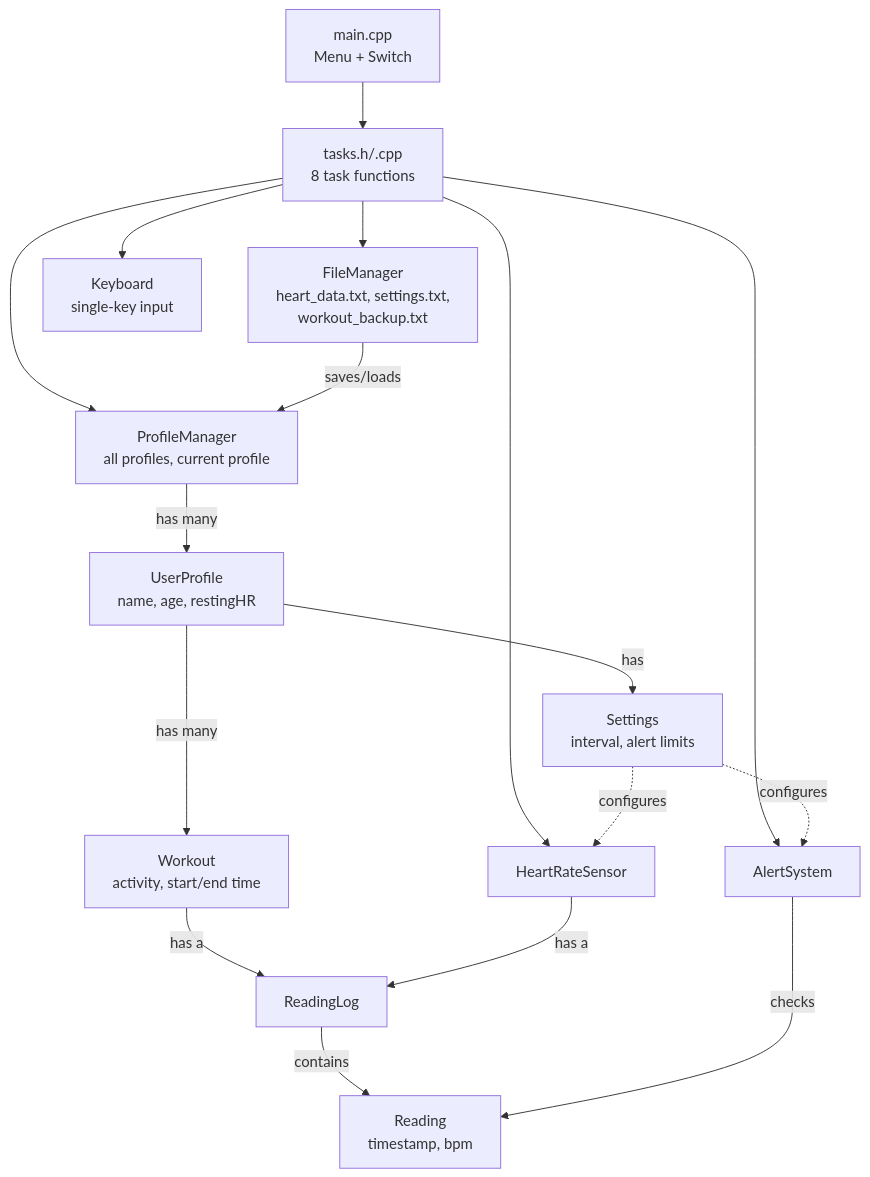
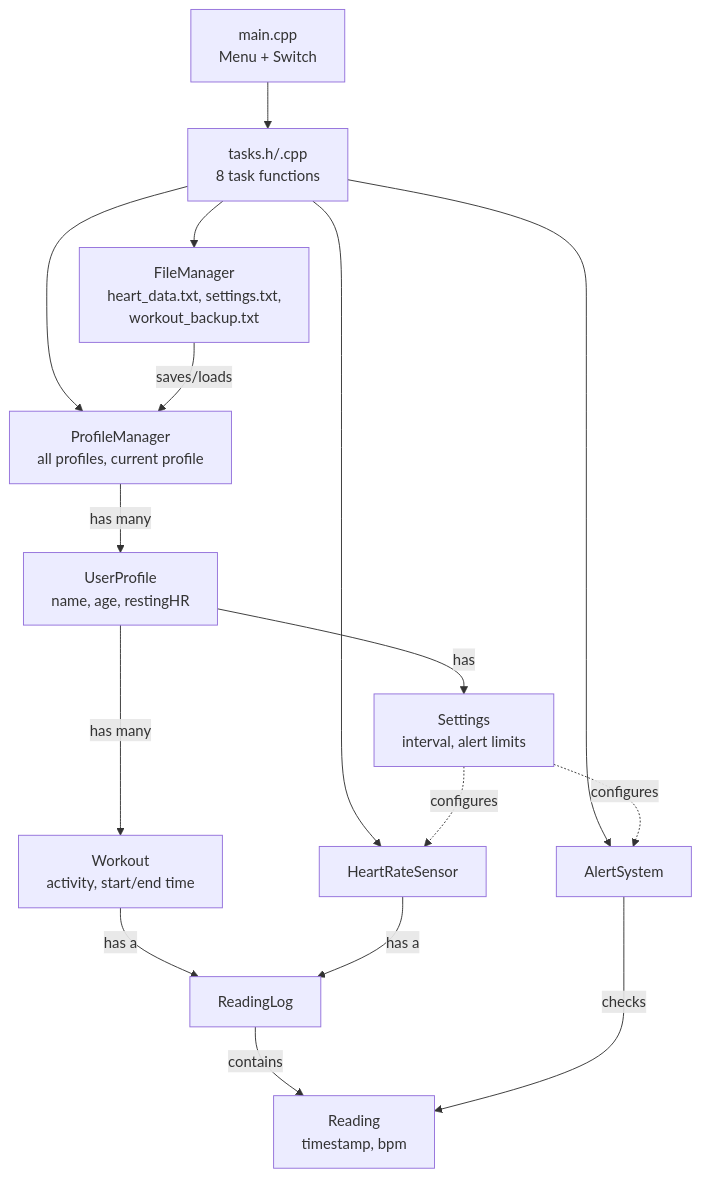
The diagram in docs/iteration02-system-design/README.md (phanviv/heart_rate_tracker), drawn with Mermaid before and after one commit. The commit also changed other lines of this file, not shown here.

````diff
--- a/docs/iteration02-system-design/README.md
+++ b/docs/iteration02-system-design/README.md
@@ -129,32 +133,30 @@
 ```mermaid
 flowchart TD
     Main["main.cpp<br/>Menu + Switch"]
     Tasks["tasks.h/.cpp<br/>8 task functions"]
     PM["ProfileManager<br/>all profiles, current profile"]
     User["UserProfile<br/>name, age, restingHR"]
     Settings["Settings<br/>interval, alert limits"]
     Workout["Workout<br/>activity, start/end time"]
     Sensor["HeartRateSensor"]
     Log["ReadingLog"]
     Reading["Reading<br/>timestamp, bpm"]
     Alert["AlertSystem"]
     FM["FileManager<br/>heart_data.txt, settings.txt,<br/>workout_backup.txt"]
-    Keys["Keyboard<br/>single-key input"]
 
     Main --> Tasks
     Tasks --> PM
     Tasks --> Sensor
     Tasks --> Alert
     Tasks --> FM
-    Tasks --> Keys
     PM -- has many --> User
     User -- has --> Settings
     User -- has many --> Workout
     Workout -- has a --> Log
     Sensor -- has a --> Log
     Log -- contains --> Reading
     Settings -. configures .-> Sensor
     Settings -. configures .-> Alert
     Alert -- checks --> Reading
     FM -- saves/loads --> PM
 ```
````
